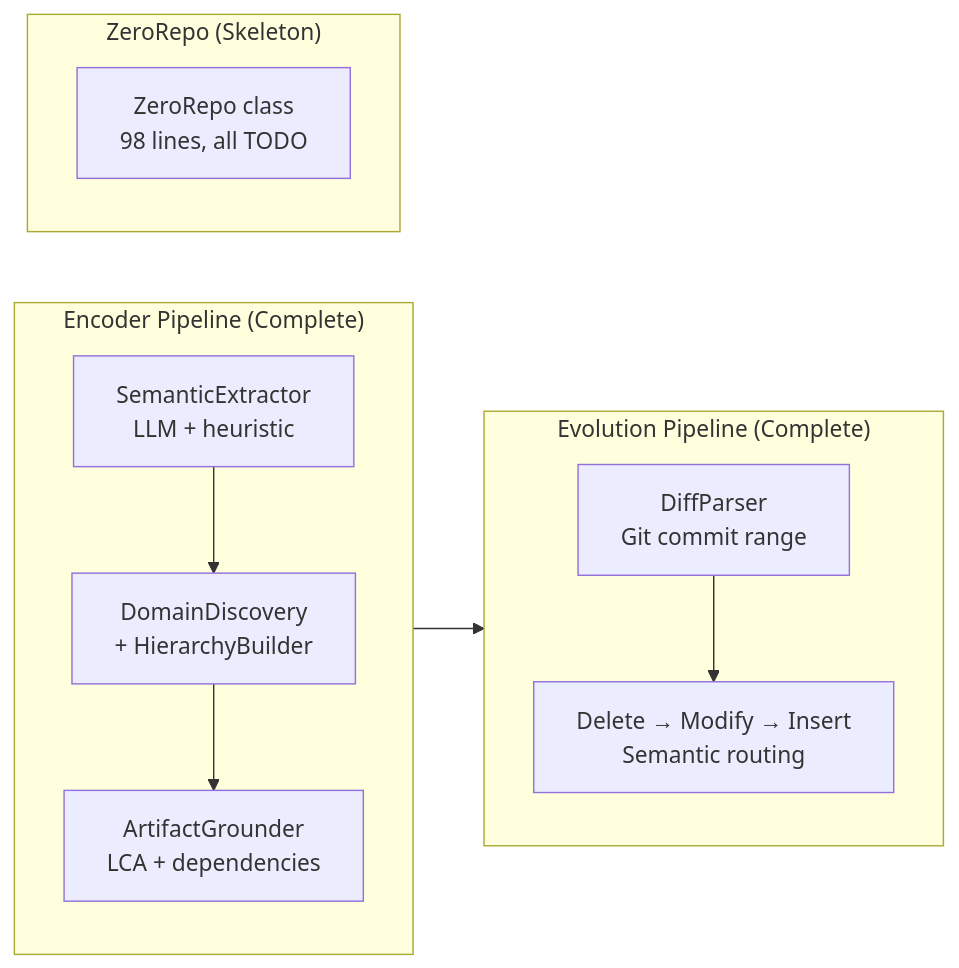
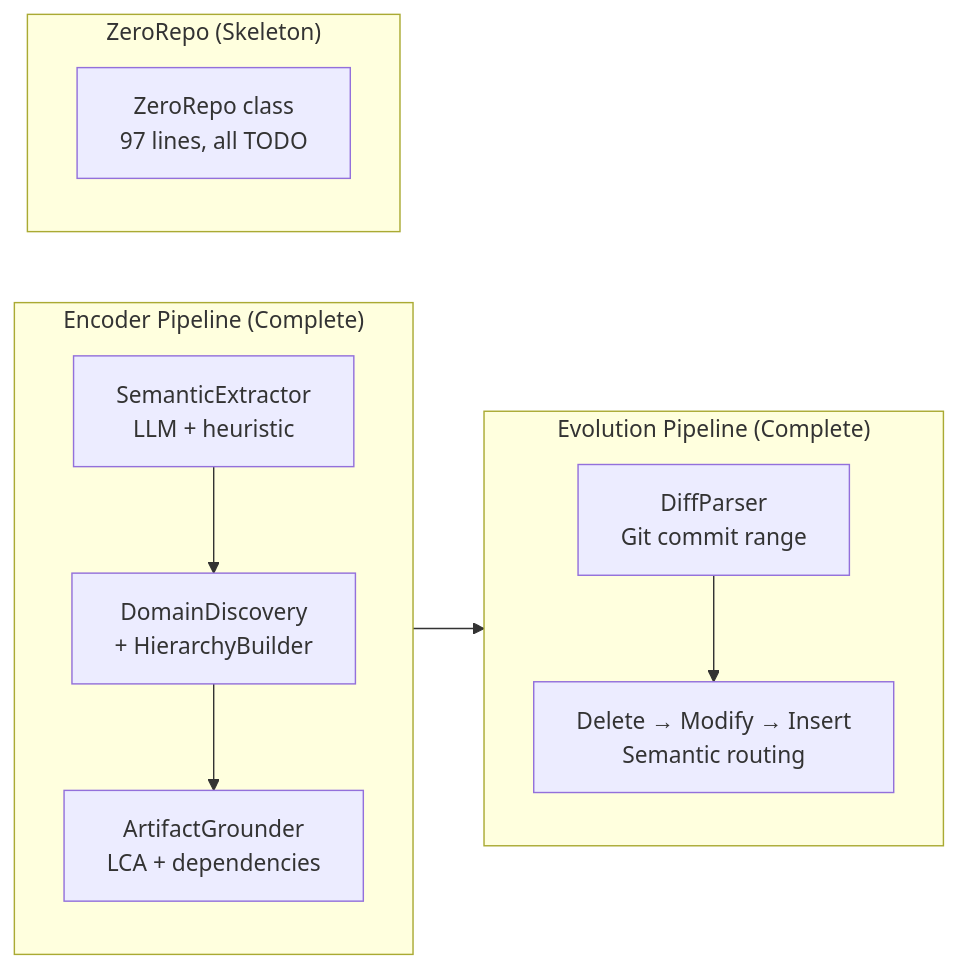
The second of 2 diagrams in docs/vendor-comparison.md (pleaseai/RPG), drawn with Mermaid before and after one commit. The commit also changed other lines of this file, not shown here.

````diff
--- a/docs/vendor-comparison.md
+++ b/docs/vendor-comparison.md
@@ -46,14 +46,14 @@
 ```mermaid
 graph LR
     subgraph Encoder["Encoder Pipeline (Complete)"]
         SL[SemanticExtractor<br/>LLM + heuristic] --> SR[DomainDiscovery<br/>+ HierarchyBuilder]
         SR --> AG[ArtifactGrounder<br/>LCA + dependencies]
     end
     subgraph Evolution["Evolution Pipeline (Complete)"]
         DP[DiffParser<br/>Git commit range] --> OPS[Delete → Modify → Insert<br/>Semantic routing]
     end
     subgraph ZeroRepo["ZeroRepo (Skeleton)"]
-        ZR[ZeroRepo class<br/>98 lines, all TODO]
+        ZR[ZeroRepo class<br/>97 lines, all TODO]
     end
     Encoder --> Evolution
 ```
````
